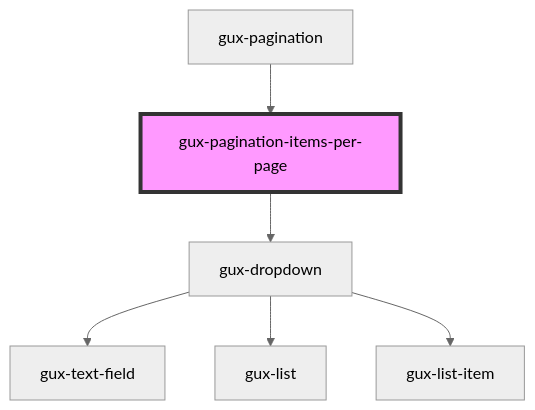
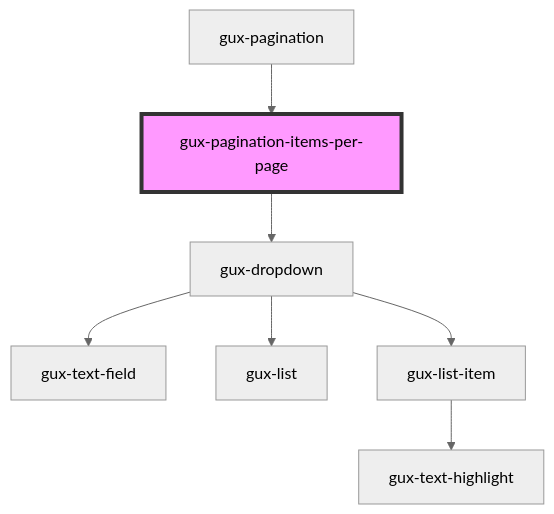
Before and after one commit to MyPureCloud/genesys-spark: the diagram in src/components/global/gux-pagination/items-per-page/readme.md, drawn with Mermaid (neutral theme). The commit also changed 21 other files, not shown here.

````diff
--- a/src/components/global/gux-pagination/items-per-page/readme.md
+++ b/src/components/global/gux-pagination/items-per-page/readme.md
@@ -49,9 +49,10 @@
 ```mermaid
 graph TD;
   gux-pagination-items-per-page --> gux-dropdown
   gux-dropdown --> gux-text-field
   gux-dropdown --> gux-list
   gux-dropdown --> gux-list-item
+  gux-list-item --> gux-text-highlight
   gux-pagination --> gux-pagination-items-per-page
   style gux-pagination-items-per-page fill:#f9f,stroke:#333,stroke-width:4px
 ```
````
